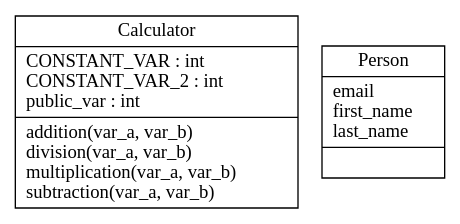
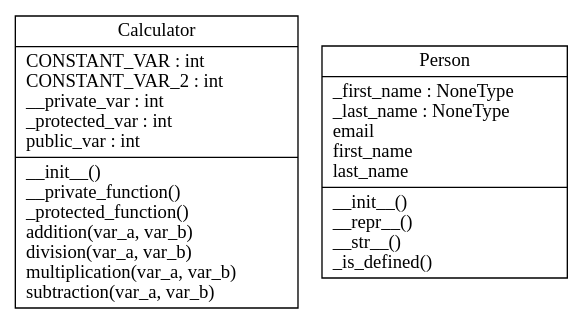
The diagram in docs/_dynamic/classes.dot (dschor5/unit_test), drawn with Graphviz before and after one commit. The commit also changed 1 other file, not shown here.

```diff
--- a/docs/_dynamic/classes.dot
+++ b/docs/_dynamic/classes.dot
@@ -1,6 +1,6 @@
 digraph "classes" {
 charset="utf-8"
 rankdir=BT
-"0" [label="{Calculator|CONSTANT_VAR : int\lCONSTANT_VAR_2 : int\lpublic_var : int\l|addition(var_a, var_b)\ldivision(var_a, var_b)\lmultiplication(var_a, var_b)\lsubtraction(var_a, var_b)\l}", shape="record"];
-"1" [label="{Person|email\lfirst_name\llast_name\l|}", shape="record"];
+"0" [label="{Calculator|CONSTANT_VAR : int\lCONSTANT_VAR_2 : int\l__private_var : int\l_protected_var : int\lpublic_var : int\l|__init__()\l__private_function()\l_protected_function()\laddition(var_a, var_b)\ldivision(var_a, var_b)\lmultiplication(var_a, var_b)\lsubtraction(var_a, var_b)\l}", shape="record"];
+"1" [label="{Person|_first_name : NoneType\l_last_name : NoneType\lemail\lfirst_name\llast_name\l|__init__()\l__repr__()\l__str__()\l_is_defined()\l}", shape="record"];
 }
```
